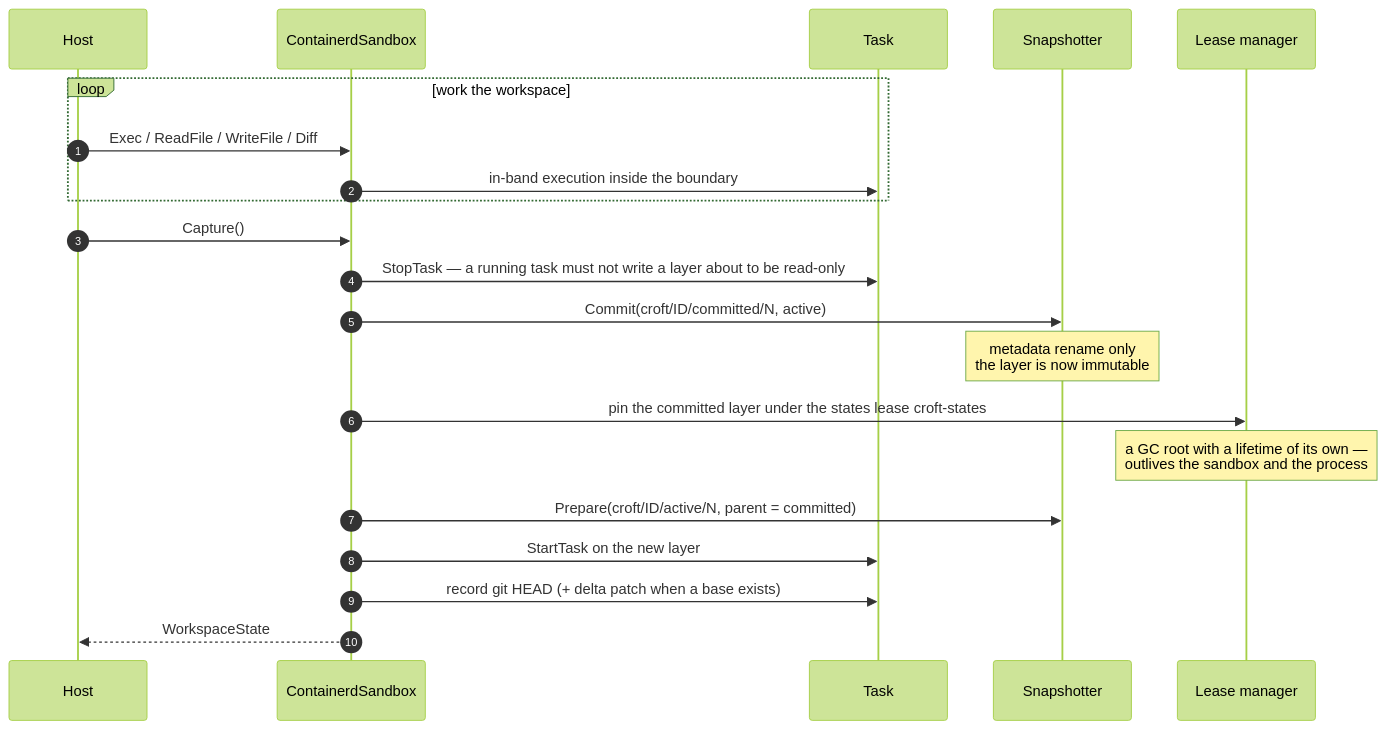
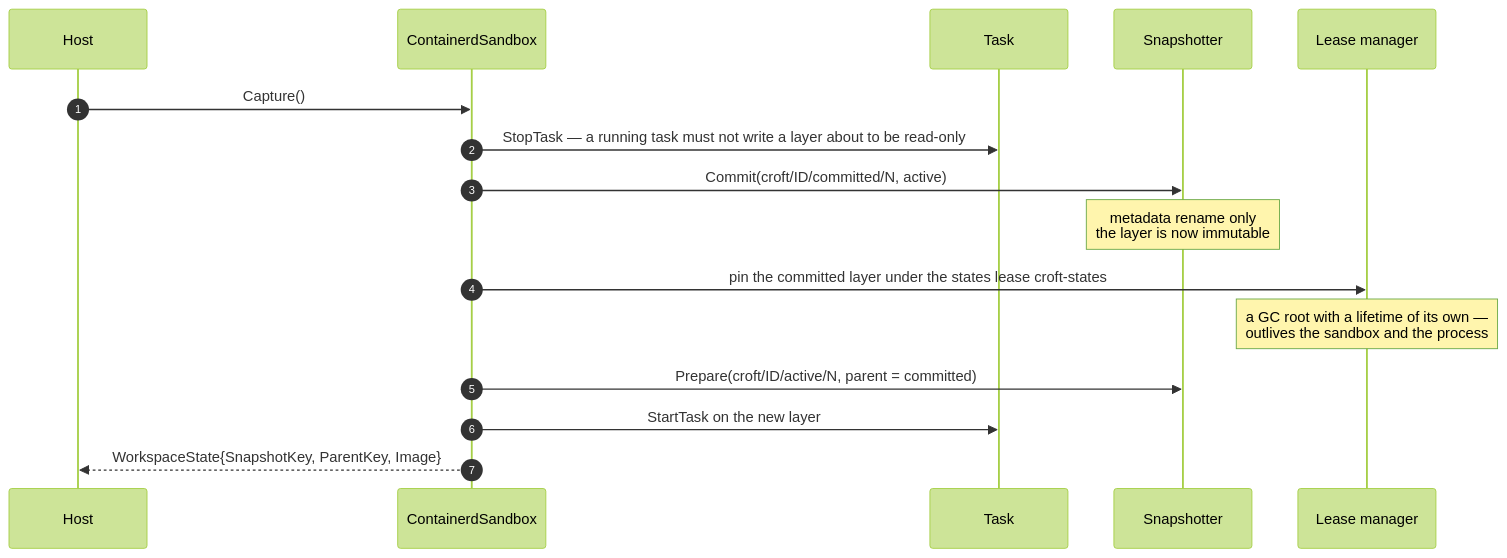
One commit to buchenberg/croft changed the third of 4 diagrams in docs/overview.md. Above: the diagram before and after it, drawn with Mermaid (forest theme). The commit also changed other lines of this file and 3 other files, not shown here.

````diff
--- a/docs/overview.md
+++ b/docs/overview.md
@@ -124,25 +110,19 @@
 ```mermaid
 sequenceDiagram
     autonumber
     participant H as Host
     participant S as ContainerdSandbox
     participant T as Task
     participant K as Snapshotter
     participant L as Lease manager
 
-    loop work the workspace
-        H->>S: Exec / ReadFile / WriteFile / Diff
-        S->>T: in-band execution inside the boundary
-    end
-
     H->>S: Capture()
     S->>T: StopTask — a running task must not write a layer about to be read-only
     S->>K: Commit(croft/ID/committed/N, active)
     Note over K: metadata rename only<br/>the layer is now immutable
     S->>L: pin the committed layer under the states lease croft-states
     Note over L: a GC root with a lifetime of its own —<br/>outlives the sandbox and the process
     S->>K: Prepare(croft/ID/active/N, parent = committed)
     S->>T: StartTask on the new layer
-    S->>T: record git HEAD (+ delta patch when a base exists)
-    S-->>H: WorkspaceState
+    S-->>H: WorkspaceState{SnapshotKey, ParentKey, Image}
 ```
````
